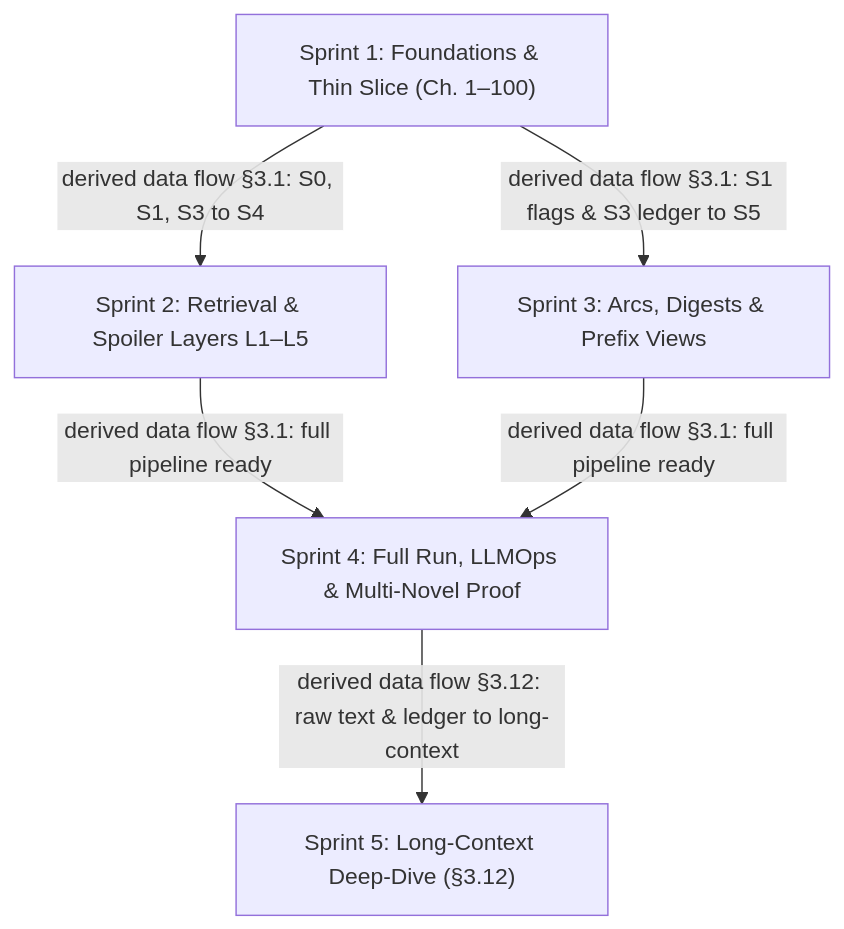
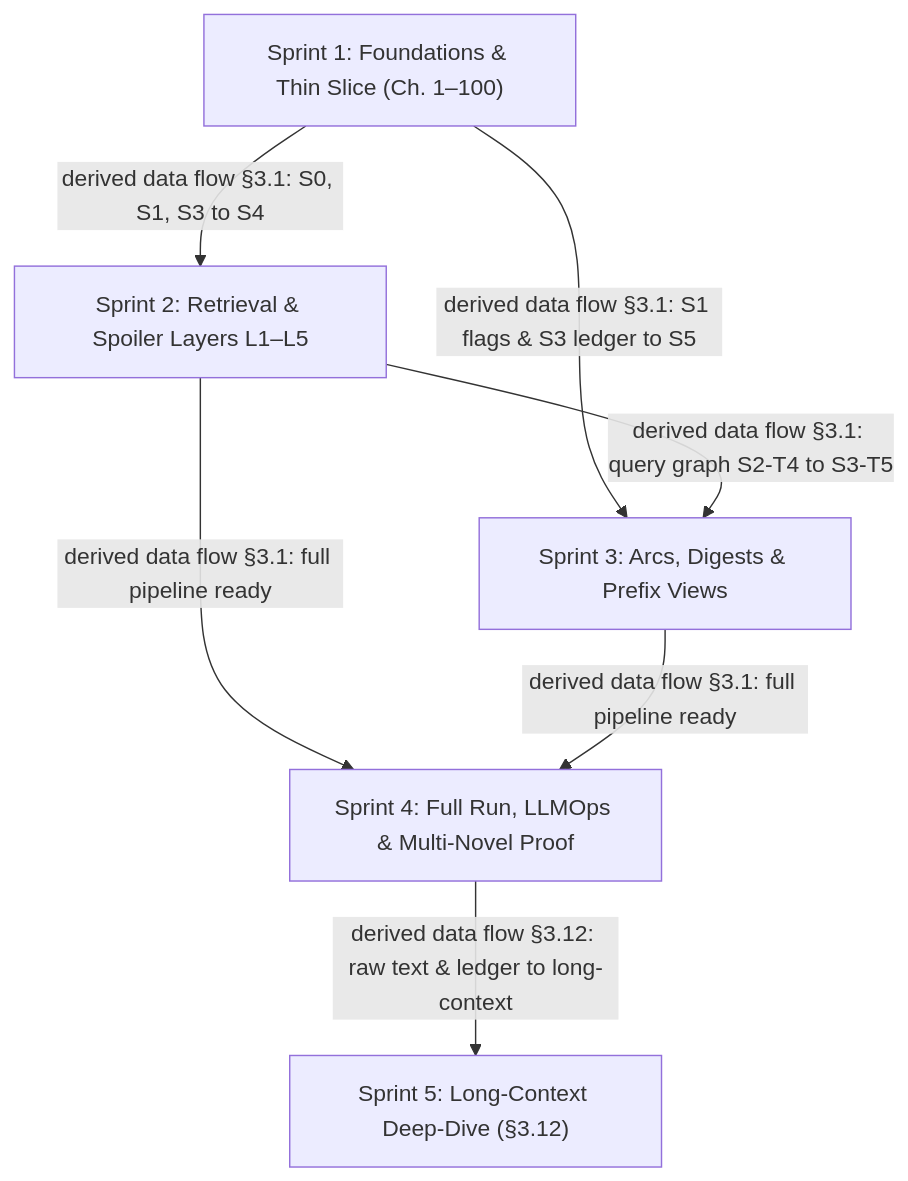
The diagram in docs/IMPLEMENTATION_PLAN.md (xhuyvn/xian_agent), drawn with Mermaid before and after one commit. The commit also changed other lines of this file, not shown here.

````diff
--- a/docs/IMPLEMENTATION_PLAN.md
+++ b/docs/IMPLEMENTATION_PLAN.md
@@ -63,13 +63,14 @@
 ```mermaid
 flowchart TD
     Sprint1["Sprint 1: Foundations & Thin Slice (Ch. 1–100)"]
     Sprint2["Sprint 2: Retrieval & Spoiler Layers L1–L5"]
     Sprint3["Sprint 3: Arcs, Digests & Prefix Views"]
     Sprint4["Sprint 4: Full Run, LLMOps & Multi-Novel Proof"]
     Sprint5["Sprint 5: Long-Context Deep-Dive (§3.12)"]
 
     Sprint1 -->|derived data flow §3.1: S0, S1, S3 to S4| Sprint2
     Sprint1 -->|derived data flow §3.1: S1 flags & S3 ledger to S5| Sprint3
+    Sprint2 -->|derived data flow §3.1: query graph S2-T4 to S3-T5| Sprint3
     Sprint2 & Sprint3 -->|derived data flow §3.1: full pipeline ready| Sprint4
     Sprint4 -->|derived data flow §3.12: raw text & ledger to long-context| Sprint5
 ```
````
